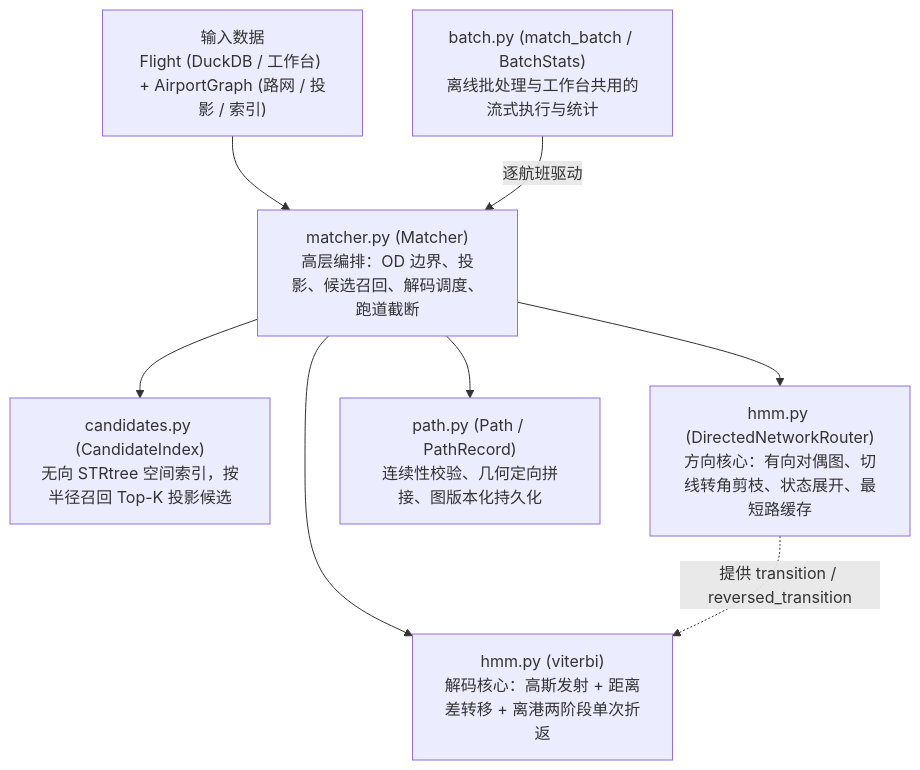
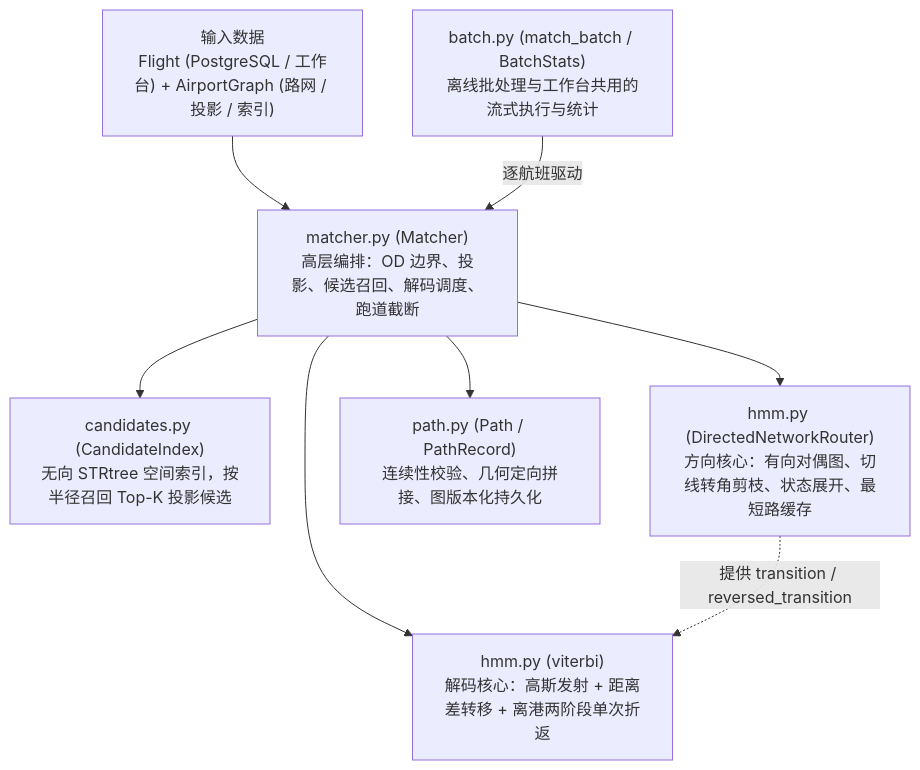
One commit to Zhouxing67/adsb-processing changed the first of 3 diagrams in docs/path_map.md. Above: the diagram before and after it, drawn with Mermaid. The commit also changed 8 other files, not shown here.

Commit message:
Update documentation for PostgreSQL migration and remove obsolete HMM router tests

````diff
--- a/docs/path_map.md
+++ b/docs/path_map.md
@@ -15,18 +15,18 @@
 ```mermaid
 flowchart TD
-    Input["输入数据\nFlight (DuckDB / 工作台) + AirportGraph (路网 / 投影 / 索引)"]
+    Input["输入数据\nFlight (PostgreSQL / 工作台) + AirportGraph (路网 / 投影 / 索引)"]
     Batch["batch.py (match_batch / BatchStats)\n离线批处理与工作台共用的流式执行与统计"]
     Matcher["matcher.py (Matcher)\n高层编排：OD 边界、投影、候选召回、解码调度、跑道截断"]
     Cand["candidates.py (CandidateIndex)\n无向 STRtree 空间索引，按半径召回 Top-K 投影候选"]
     Router["hmm.py (DirectedNetworkRouter)\n方向核心：有向对偶图、切线转角剪枝、状态展开、最短路缓存"]
     Viterbi["hmm.py (viterbi)\n解码核心：高斯发射 + 距离差转移 + 离港两阶段单次折返"]
     PathMod["path.py (Path / PathRecord)\n连续性校验、几何定向拼接、图版本化持久化"]
 
     Input --> Matcher
     Batch -->|"逐航班驱动"| Matcher
     Matcher --> Cand
     Matcher --> Router
     Matcher --> Viterbi
     Router -.->|"提供 transition / reversed_transition"| Viterbi
     Matcher --> PathMod
 ```
````
